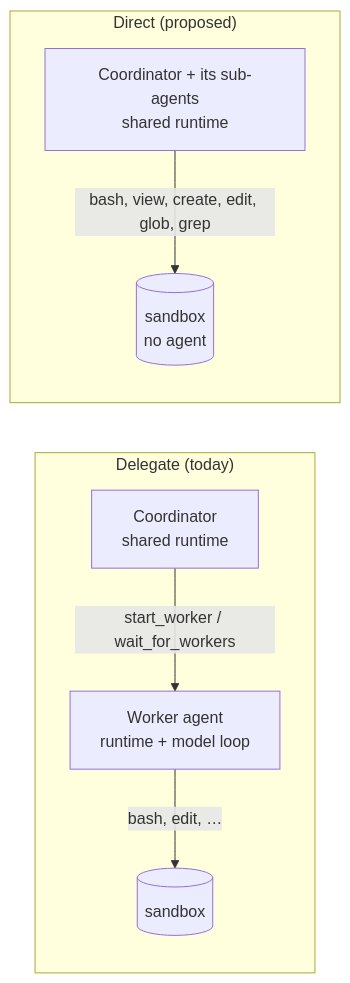
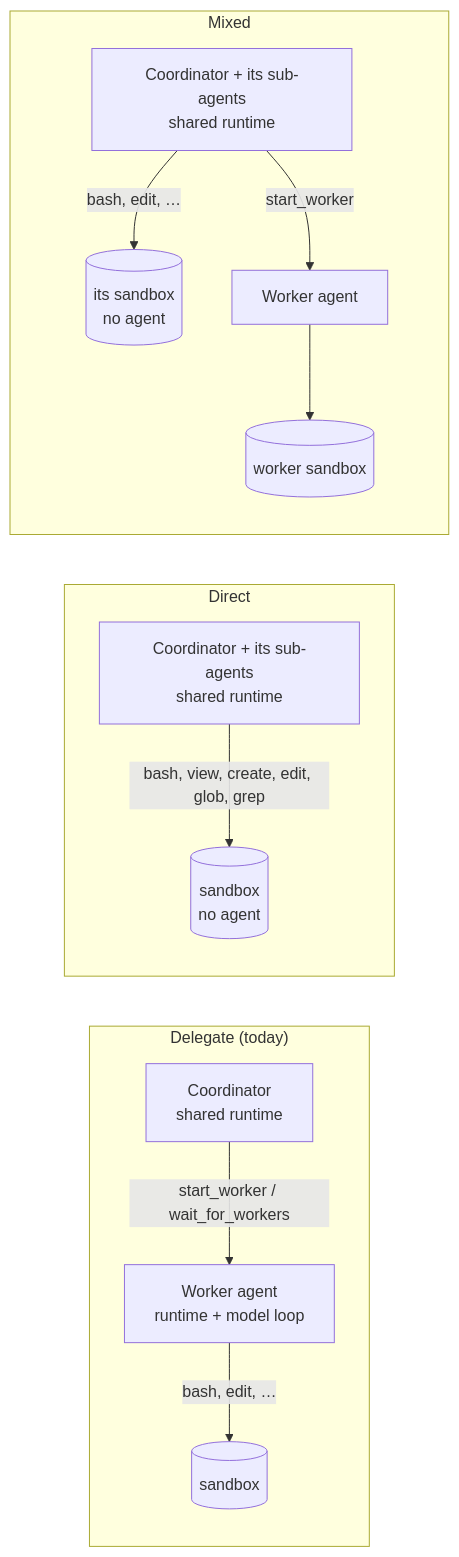
One commit to patniko/managed-copilot-sdk changed the diagram in docs/proposals/direct-execution.md. Above: the diagram before and after it, drawn with Mermaid. The commit also changed other lines of this file, not shown here.

First line of the commit message:
Proposal: mixed mode, background commands, and managed.exec in the first cut

````diff
--- a/docs/proposals/direct-execution.md
+++ b/docs/proposals/direct-execution.md
@@ -16,10 +22,14 @@
 ```mermaid
 flowchart LR
   subgraph D["Delegate (today)"]
     C1["Coordinator<br/>shared runtime"] -- "start_worker / wait_for_workers" --> W1["Worker agent<br/>runtime + model loop"]
     W1 -- "bash, edit, …" --> S1[("sandbox")]
   end
-  subgraph X["Direct (proposed)"]
+  subgraph X["Direct"]
     C2["Coordinator + its sub-agents<br/>shared runtime"] -- "bash, view, create, edit, glob, grep" --> S2[("sandbox<br/>no agent")]
   end
+  subgraph M["Mixed"]
+    C3["Coordinator + its sub-agents<br/>shared runtime"] -- "bash, edit, …" --> S3[("its sandbox<br/>no agent")]
+    C3 -- "start_worker" --> W3["Worker agent"] --> S4[("worker sandbox")]
+  end
 ```
````
